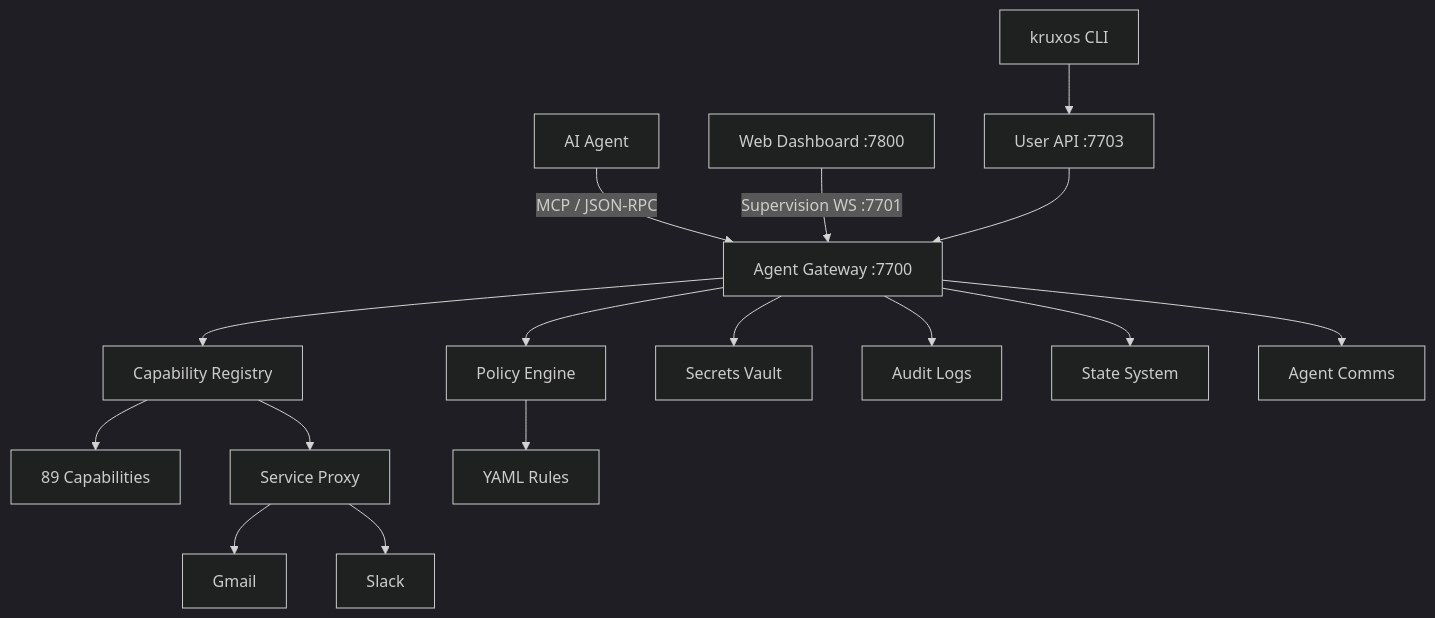
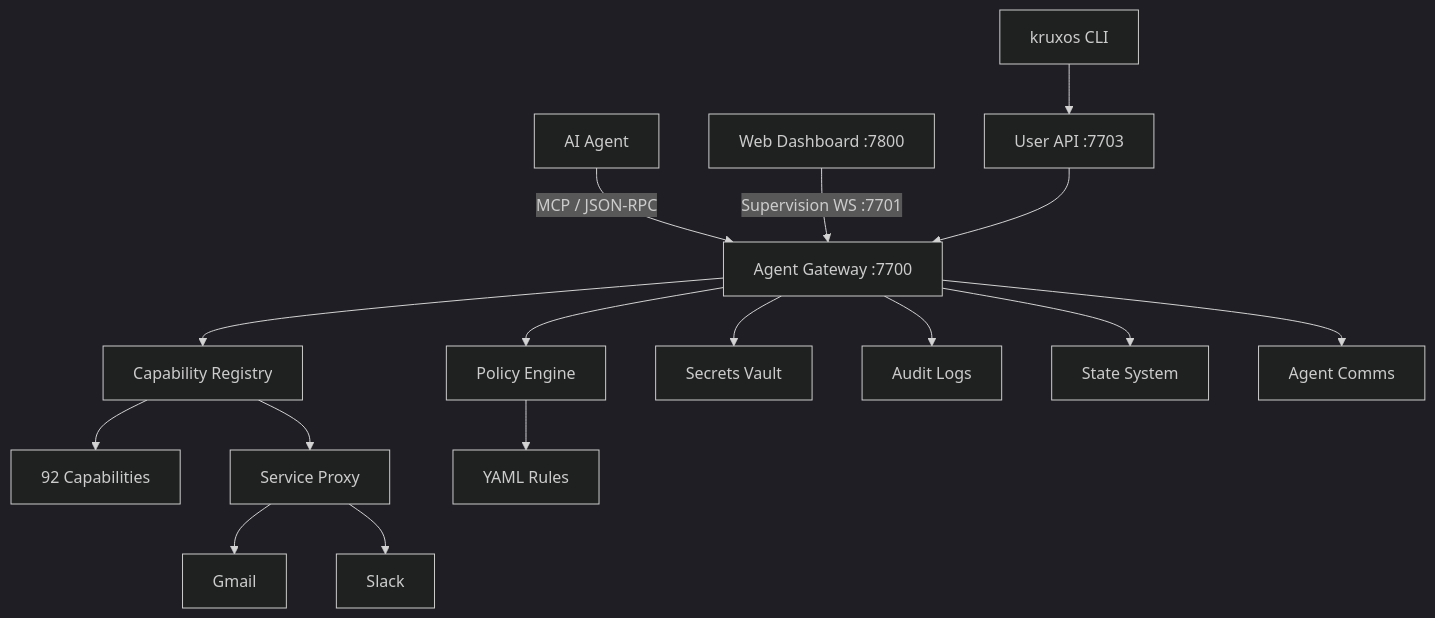
One commit to altvale/kruxos changed the diagram in docs/public/docs/index.md. Above: the diagram before and after it, drawn with Mermaid (dark theme). The commit also changed other lines of this file and 3 other files, not shown here.

````diff
--- a/docs/public/docs/index.md
+++ b/docs/public/docs/index.md
@@ -105,18 +105,18 @@
 ```mermaid
 graph TB
     Agent[AI Agent] -->|MCP / JSON-RPC| Gateway[Agent Gateway :7700]
     Gateway --> Registry[Capability Registry]
     Gateway --> Policy[Policy Engine]
-    Registry --> Capabilities[89 Capabilities]
+    Registry --> Capabilities[92 Capabilities]
     Registry --> Proxy[Service Proxy]
     Proxy --> Gmail[Gmail]
     Proxy --> Slack[Slack]
     Policy --> YAML[YAML Rules]
     Gateway --> Vault[Secrets Vault]
     Gateway --> Audit[Audit Logs]
     Gateway --> State[State System]
     Gateway --> Comms[Agent Comms]
     Dashboard[Web Dashboard :7800] -->|Supervision WS :7701| Gateway
     CLI[kruxos CLI] --> UserAPI[User API :7703]
     UserAPI --> Gateway
 ```
````
